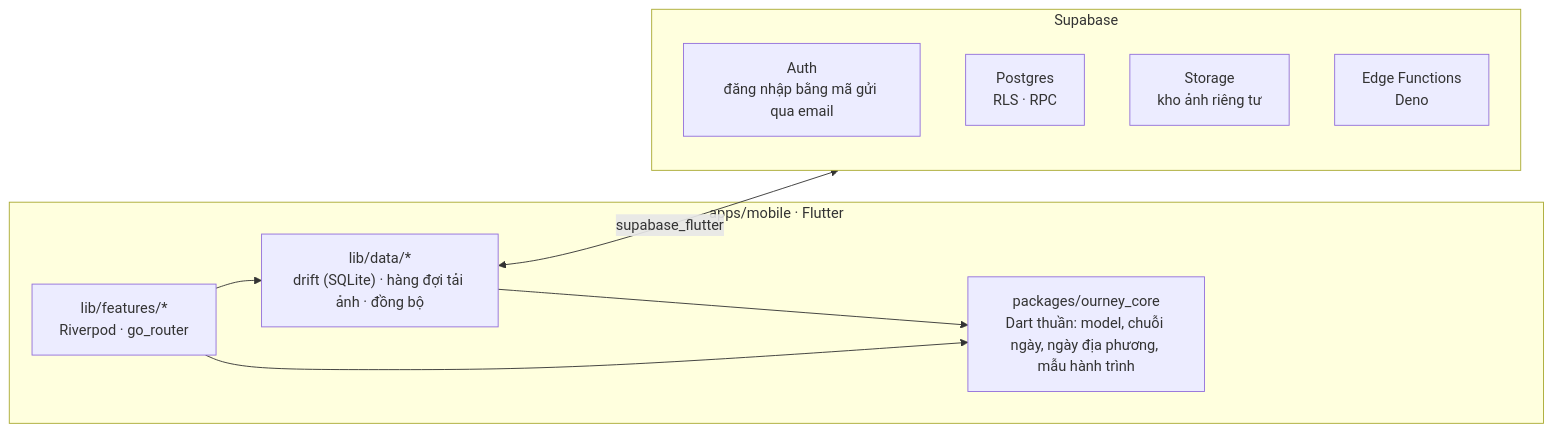
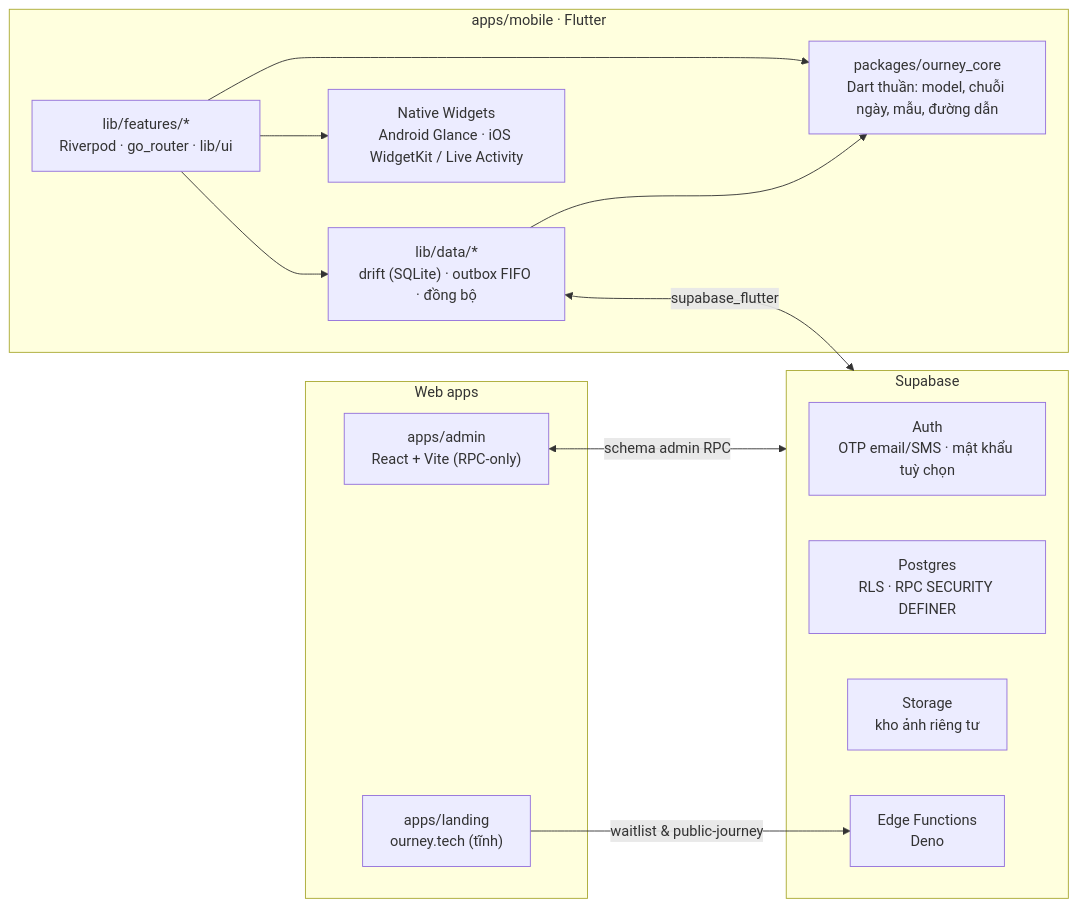
The diagram in README.md (hofang42/Ourney), drawn with Mermaid before and after one commit. The commit also changed other lines of this file, not shown here.

````diff
--- a/README.md
+++ b/README.md
@@ -73,18 +83,26 @@
 ```mermaid
 flowchart LR
   subgraph app["apps/mobile · Flutter"]
-    features["lib/features/*<br/>Riverpod · go_router"]
-    data["lib/data/*<br/>drift (SQLite) · hàng đợi tải ảnh · đồng bộ"]
-    core["packages/ourney_core<br/>Dart thuần: model, chuỗi ngày, ngày địa phương, mẫu hành trình"]
+    features["lib/features/*<br/>Riverpod · go_router · lib/ui"]
+    data["lib/data/*<br/>drift (SQLite) · outbox FIFO · đồng bộ"]
+    core["packages/ourney_core<br/>Dart thuần: model, chuỗi ngày, mẫu, đường dẫn"]
+    widgets["Native Widgets<br/>Android Glance · iOS WidgetKit / Live Activity"]
     features --> data
     features --> core
     data --> core
+    features --> widgets
+  end
+  subgraph web["Web apps"]
+    landing["apps/landing<br/>ourney.tech (tĩnh)"]
+    admin["apps/admin<br/>React + Vite (RPC-only)"]
   end
   subgraph supabase["Supabase"]
-    auth["Auth<br/>đăng nhập bằng mã gửi qua email"]
-    db["Postgres<br/>RLS · RPC"]
+    auth["Auth<br/>OTP email/SMS · mật khẩu tuỳ chọn"]
+    db["Postgres<br/>RLS · RPC SECURITY DEFINER"]
     storage["Storage<br/>kho ảnh riêng tư"]
     functions["Edge Functions<br/>Deno"]
   end
   data <-->|supabase_flutter| supabase
+  admin <-->|schema admin RPC| supabase
+  landing -->|waitlist & public-journey| functions
 ```
````
